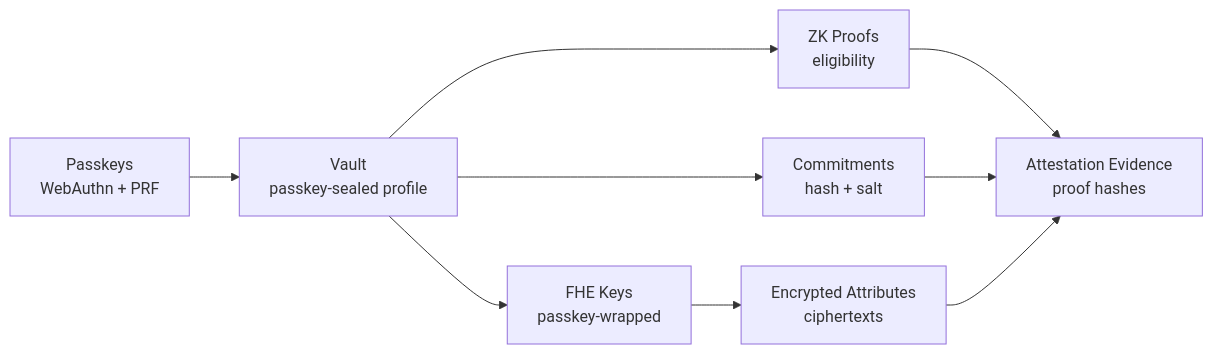
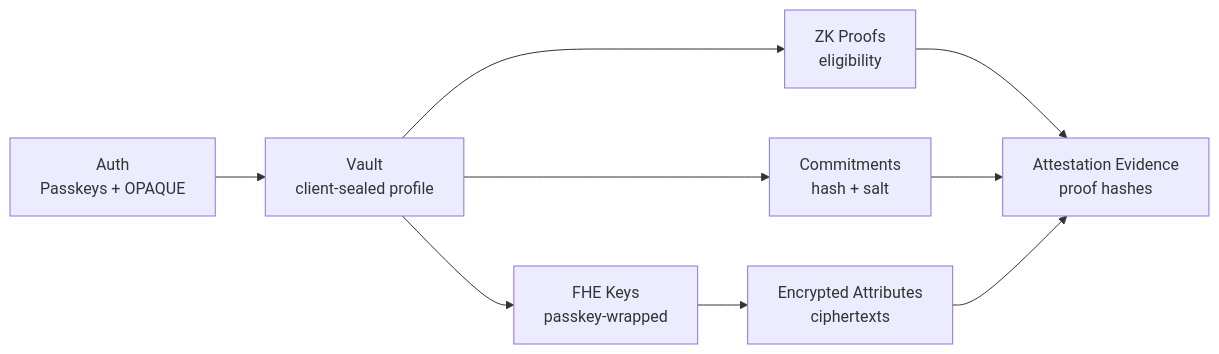
One commit to gustavovalverde/zentity changed the diagram in docs/cryptographic-pillars.md. Above: the diagram before and after it, drawn with Mermaid. The commit also changed other lines of this file and 61 other files, not shown here.

````diff
--- a/docs/cryptographic-pillars.md
+++ b/docs/cryptographic-pillars.md
@@ -27,11 +27,11 @@
 ```mermaid
 flowchart LR
-  P["Passkeys<br/>WebAuthn + PRF"] --> V["Vault<br/>passkey-sealed profile"]
+  P["Auth<br/>Passkeys + OPAQUE"] --> V["Vault<br/>client-sealed profile"]
   V --> C["Commitments<br/>hash + salt"]
   V --> Z["ZK Proofs<br/>eligibility"]
   V --> F["FHE Keys<br/>passkey-wrapped"]
   F --> E["Encrypted Attributes<br/>ciphertexts"]
   Z --> A["Attestation Evidence<br/>proof hashes"]
   C --> A
   E --> A
 ```
````
